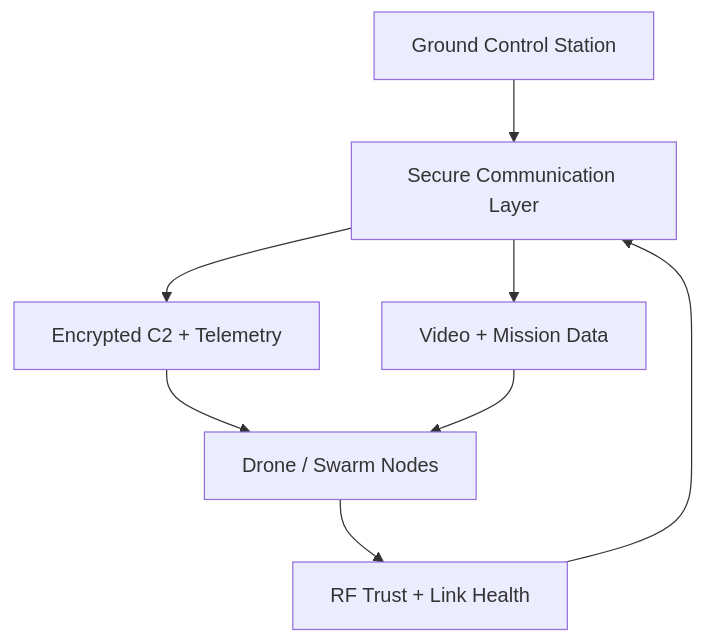
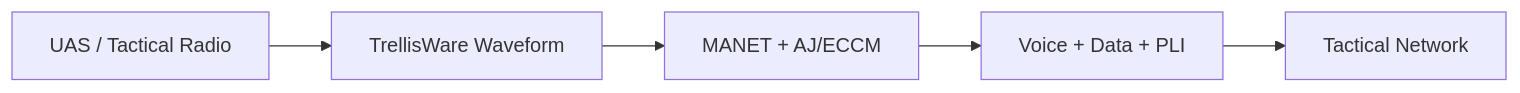
Before and after one commit to vjk7989/project-flex: the tenth of 14 diagrams in HyperLink.md, drawn with Mermaid. The commit also changed other lines of this file, not shown here.

````diff
--- a/HyperLink.md
+++ b/HyperLink.md
@@ -360,10 +477,7 @@
 ```mermaid
-flowchart TD
-    A["Ground Control Station"] --> B["Secure Communication Layer"]
-    B --> C["Encrypted C2 + Telemetry"]
-    B --> D["Video + Mission Data"]
-    C --> E["Drone / Swarm Nodes"]
-    D --> E
-    E --> F["RF Trust + Link Health"]
-    F --> B
+flowchart LR
+    A["UAS / Tactical Radio"] --> B["TrellisWare Waveform"]
+    B --> C["MANET + AJ/ECCM"]
+    C --> D["Voice + Data + PLI"]
+    D --> E["Tactical Network"]
 ```
````
